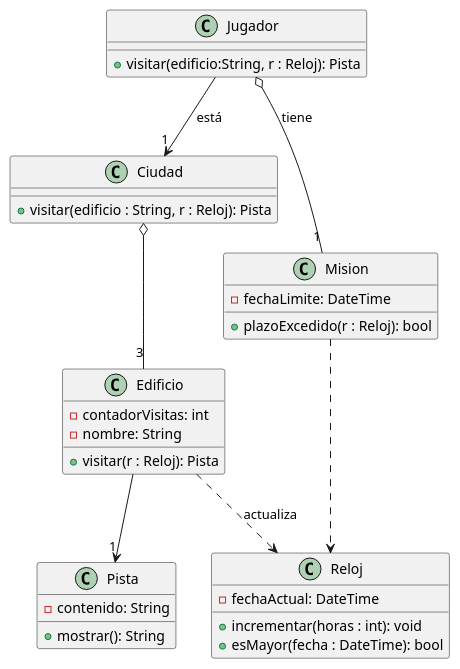
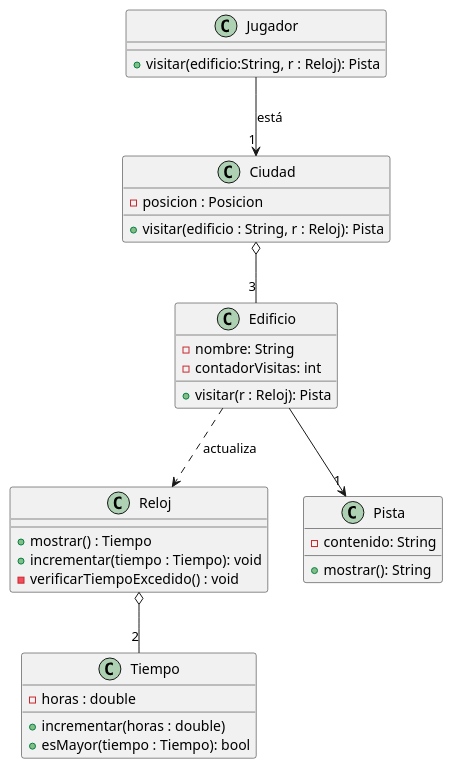
One commit to martinanus/algo3_tp2 changed the diagram in diagrams/classes/diagrama_clases_entrega0.puml. Above: the diagram before and after it, drawn with PlantUML. The commit also changed 5 other files, not shown here.

Commit message:
Diagramas de clases entrega 0/1 actualizados

```diff
--- a/diagrams/classes/diagrama_clases_entrega0.puml
+++ b/diagrams/classes/diagrama_clases_entrega0.puml
@@ -1,39 +1,44 @@
 @startuml
 class Edificio {
+- nombre: String
 - contadorVisitas: int
-- nombre: String
 + visitar(r : Reloj): Pista
 }
 
 class Ciudad {
+    - posicion : Posicion
     + visitar(edificio : String, r : Reloj): Pista
 }
 
 class Jugador {
     + visitar(edificio:String, r : Reloj): Pista
 }
 
 
-class Mision{
-    - fechaLimite: DateTime
-    + plazoExcedido(r : Reloj): bool
+
+
+class Reloj{
+    + mostrar() : Tiempo
+    + incrementar(tiempo : Tiempo): void
+    - verificarTiempoExcedido() : void
 }
 
-class Reloj{
-    - fechaActual: DateTime
-    + incrementar(horas : int): void
-    + esMayor(fecha : DateTime): bool
+class Tiempo{
+    - horas : double
+    + incrementar(horas : double)
+    + esMayor(tiempo : Tiempo): bool
+
 }
 
 class Pista {
     - contenido: String
     + mostrar(): String
 }
 Jugador -->"1" Ciudad: está
-Jugador o--"1" Mision: tiene
 Ciudad o-- "3" Edificio
 Edificio ..> Reloj: actualiza
 Edificio --> "1" Pista
-Mision ..> Reloj
+Reloj o-- "2" Tiempo
+
 
 @enduml
```
